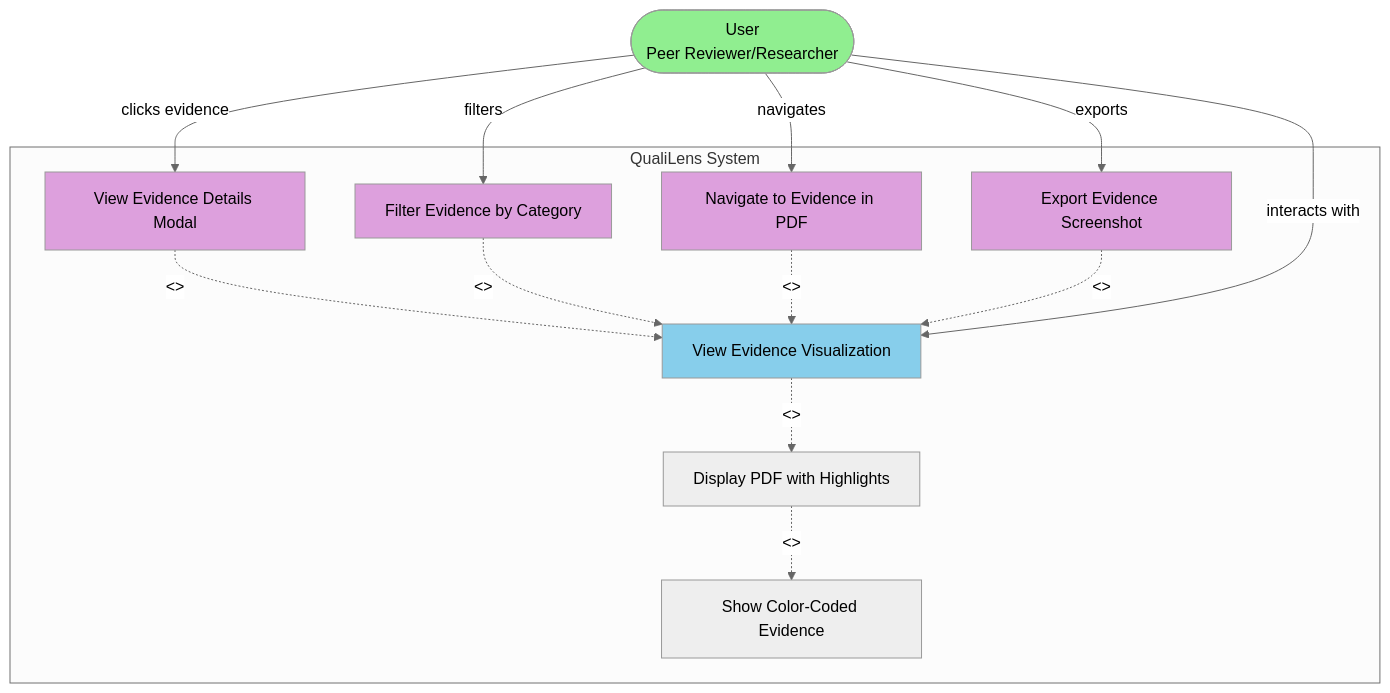
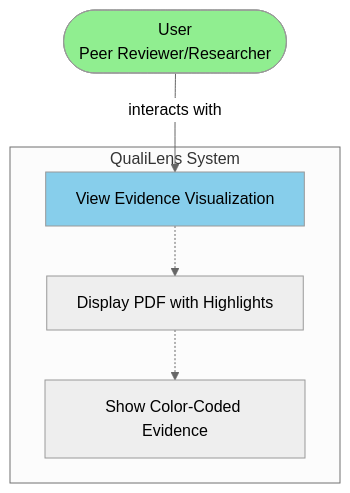
Before and after one commit to giuliobarde/QualiLens: the fourth of 12 diagrams in docs/architecture/4_USE_CASE_DIAGRAM.md, drawn with Mermaid (neutral theme). The commit also changed other lines of this file and 5 other files, not shown here.

Commit message:
updated diagrams and requirements

````diff
--- a/docs/architecture/4_USE_CASE_DIAGRAM.md
+++ b/docs/architecture/4_USE_CASE_DIAGRAM.md
@@ -95,34 +97,18 @@
 ```mermaid
 graph TD
     User([User<br/>Peer Reviewer/Researcher])
     
     subgraph "QualiLens System"
         UC04[View Evidence Visualization]
         UC04a[Display PDF with Highlights]
         UC04b[Show Color-Coded Evidence]
-        UC04c[View Evidence Details Modal]
-        UC04d[Filter Evidence by Category]
-        UC04e[Navigate to Evidence in PDF]
-        UC04f[Export Evidence Screenshot]
         
-        UC04 -.->|<<include>>| UC04a
-        UC04a -.->|<<include>>| UC04b
-        UC04c -.->|<<extend>>| UC04
-        UC04d -.->|<<extend>>| UC04
-        UC04e -.->|<<extend>>| UC04
-        UC04f -.->|<<extend>>| UC04
+        UC04 -.-> UC04a
+        UC04a -.-> UC04b
     end
     
     User -->|interacts with| UC04
-    User -->|clicks evidence| UC04c
-    User -->|filters| UC04d
-    User -->|navigates| UC04e
-    User -->|exports| UC04f
     
     style User fill:#90EE90
     style UC04 fill:#87CEEB
-    style UC04c fill:#DDA0DD
-    style UC04d fill:#DDA0DD
-    style UC04e fill:#DDA0DD
-    style UC04f fill:#DDA0DD
 ```
````
